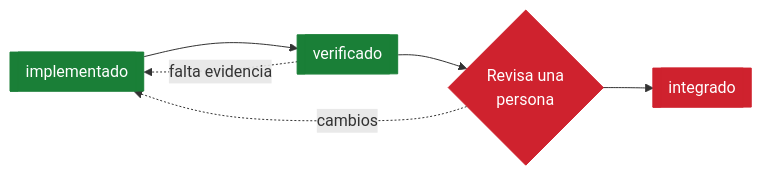
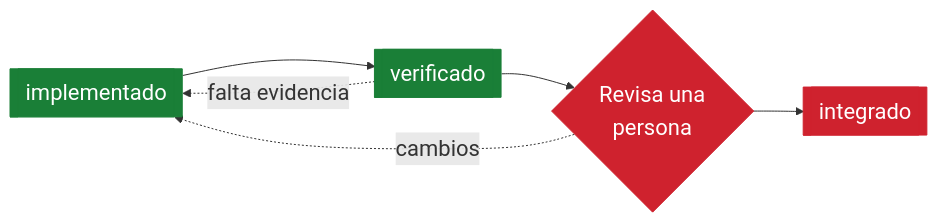
The second of 2 diagrams in README.md (arielelevy/fdd), drawn with Mermaid before and after one commit. The commit also changed other lines of this file, not shown here.

Commit message:
Make the flowchart text larger

````diff
--- a/README.md
+++ b/README.md
@@ -106,13 +107,14 @@
 ```mermaid
+%%{init: {"themeVariables": {"fontSize": "22px"}}}%%
 flowchart LR
     G[["implementado"]] --> H[["verificado"]]
     H -. "falta evidencia" .-> G
     H --> I{"Revisa una<br/>persona"}
     I -. "cambios" .-> G
     I --> J[["integrado"]]
 
     classDef hito fill:#1a7f37,stroke:#1a7f37,color:#ffffff
     classDef humano fill:#cf222e,stroke:#cf222e,color:#ffffff
     class G,H hito
     class I,J humano
 ```
````
